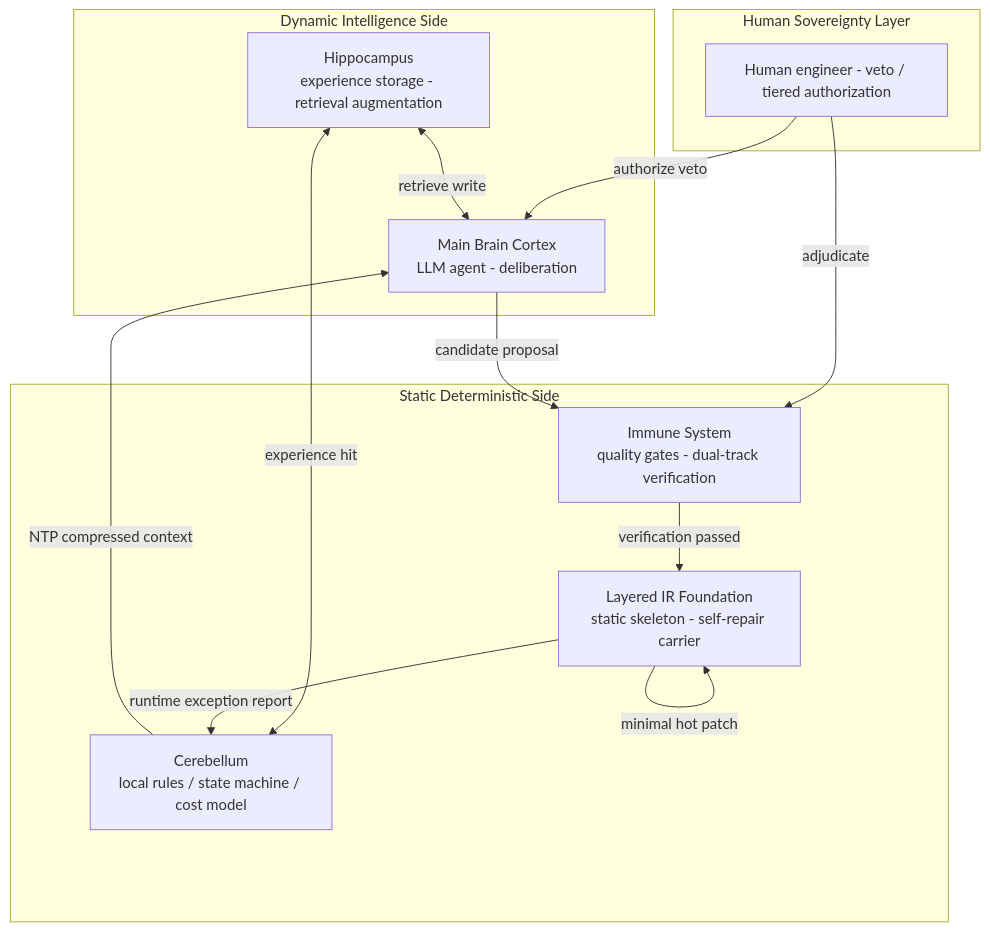
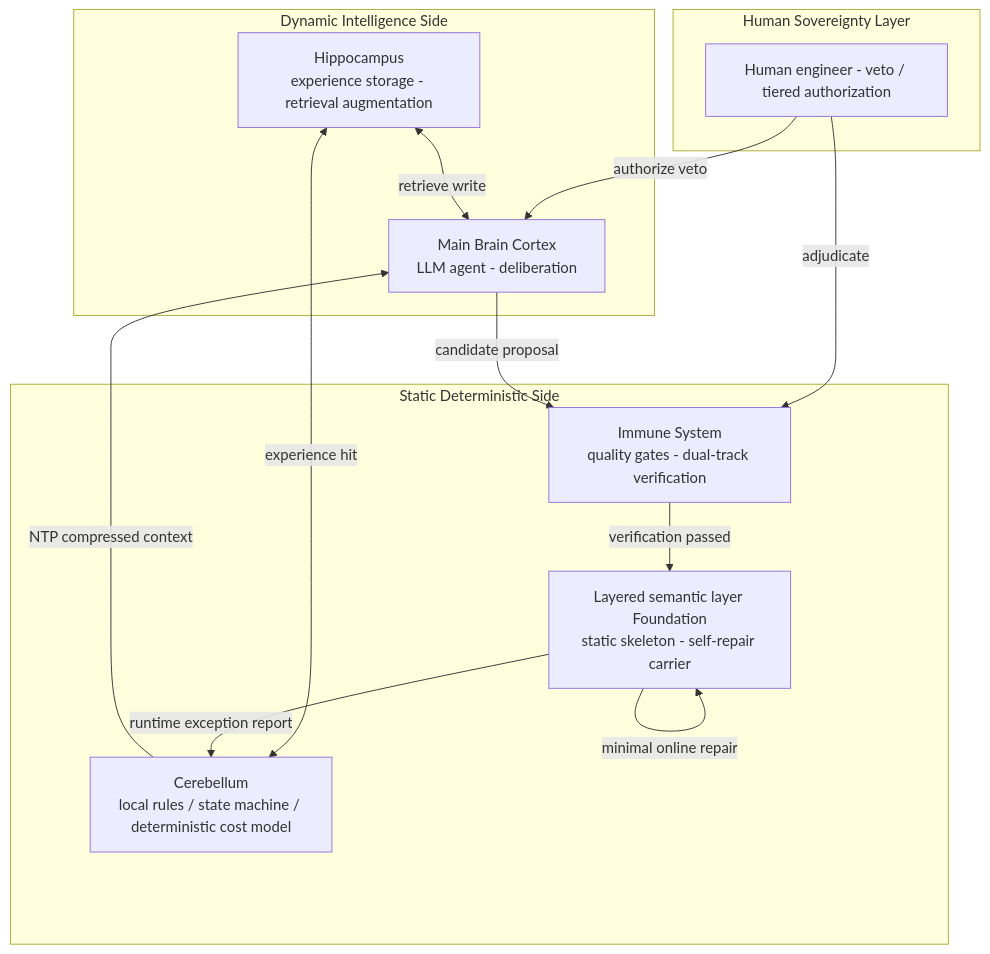
One commit to pony-029/ane changed the first of 12 diagrams in ANE-Specification-AI-Native-Engineering-Paradigm.md. Above: the diagram before and after it, drawn with Mermaid. The commit also changed other lines of this file and 5 other files, not shown here.

````diff
--- a/ANE-Specification-AI-Native-Engineering-Paradigm.md
+++ b/ANE-Specification-AI-Native-Engineering-Paradigm.md
@@ -177,24 +236,24 @@
 ```mermaid
 flowchart TB
     subgraph HUMAN["Human Sovereignty Layer"]
         HUM["Human engineer - veto / tiered authorization"]
     end
     subgraph DYNAMIC["Dynamic Intelligence Side"]
         BRAIN["Main Brain Cortex<br/>LLM agent - deliberation"]
         HIPO["Hippocampus<br/>experience storage - retrieval augmentation"]
     end
     subgraph STATIC["Static Deterministic Side"]
-        CEREB["Cerebellum<br/>local rules / state machine / cost model"]
+        CEREB["Cerebellum<br/>local rules / state machine / deterministic cost model"]
         IMMU["Immune System<br/>quality gates - dual-track verification"]
-        BASE["Layered IR Foundation<br/>static skeleton - self-repair carrier"]
+        BASE["Layered semantic layer Foundation<br/>static skeleton - self-repair carrier"]
     end
     HUM -->|authorize veto| BRAIN
     HUM -->|adjudicate| IMMU
     CEREB -->|NTP compressed context| BRAIN
     BRAIN -->|candidate proposal| IMMU
     HIPO <-->|retrieve write| BRAIN
     HIPO <-->|experience hit| CEREB
     IMMU -->|verification passed| BASE
     BASE -->|runtime exception report| CEREB
-    BASE -->|minimal hot patch| BASE
+    BASE -->|minimal online repair| BASE
 ```
````
